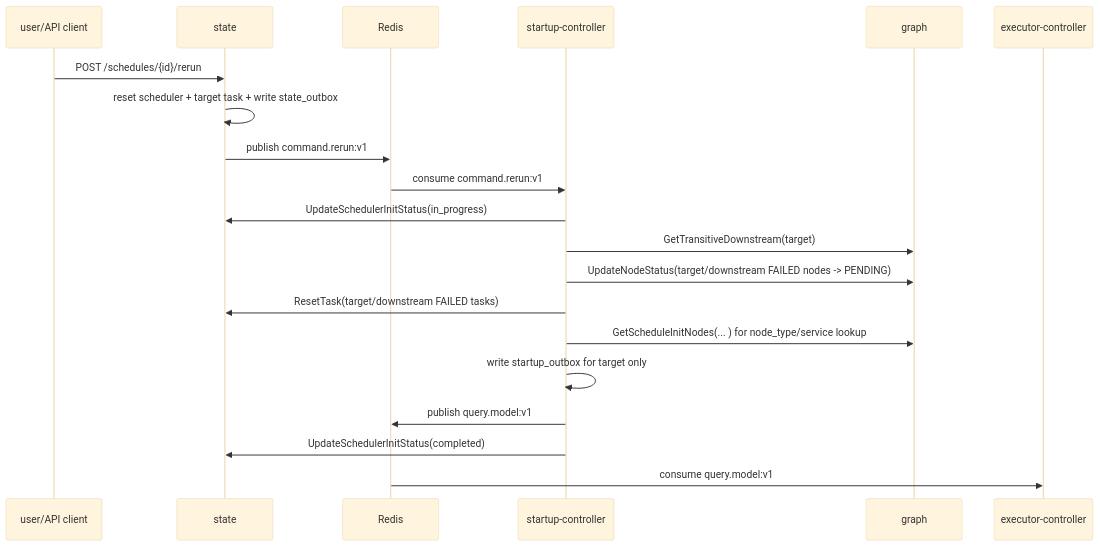
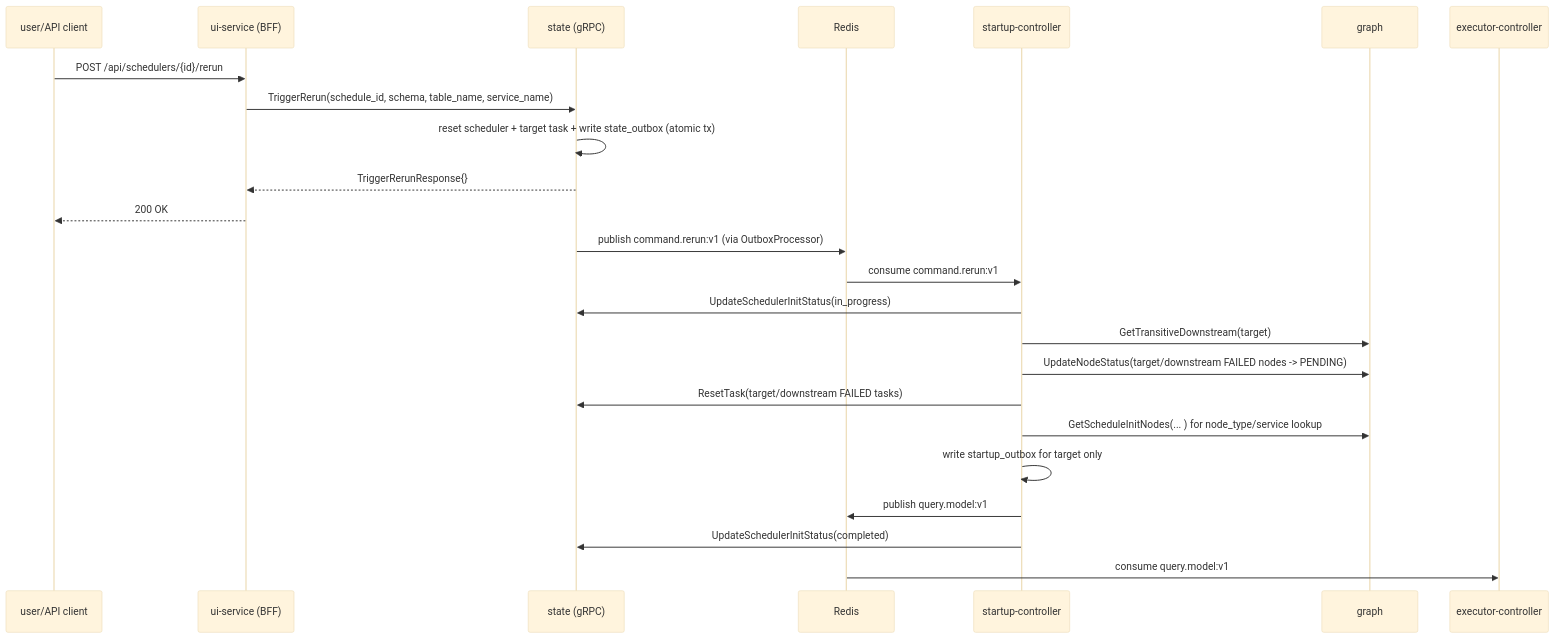
Before and after one commit to carolsimone/continuo: the fourth of 4 diagrams in docs/arch/03-sequence-flows.md, drawn with Mermaid (base theme). The commit also changed 2 other files, not shown here.

Commit message:
docs(arch): update rerun flow to reflect gRPC migration
Replace HTTP-based rerun docs with gRPC TriggerRerun in sequence flows,
state service dossier, and startup-controller notes.

````diff
--- a/docs/arch/03-sequence-flows.md
+++ b/docs/arch/03-sequence-flows.md
@@ -108,23 +108,27 @@
 ```mermaid
 sequenceDiagram
   participant U as user/API client
-  participant ST as state
+  participant UI as ui-service (BFF)
+  participant ST as state (gRPC)
   participant R as Redis
   participant SC as startup-controller
   participant GR as graph
   participant EC as executor-controller
 
-  U->>ST: POST /schedules/{id}/rerun
-  ST->>ST: reset scheduler + target task + write state_outbox
-  ST->>R: publish command.rerun:v1
+  U->>UI: POST /api/schedulers/{id}/rerun
+  UI->>ST: TriggerRerun(schedule_id, schema, table_name, service_name)
+  ST->>ST: reset scheduler + target task + write state_outbox (atomic tx)
+  ST-->>UI: TriggerRerunResponse{}
+  UI-->>U: 200 OK
+  ST->>R: publish command.rerun:v1 (via OutboxProcessor)
   R->>SC: consume command.rerun:v1
   SC->>ST: UpdateSchedulerInitStatus(in_progress)
   SC->>GR: GetTransitiveDownstream(target)
   SC->>GR: UpdateNodeStatus(target/downstream FAILED nodes -> PENDING)
   SC->>ST: ResetTask(target/downstream FAILED tasks)
   SC->>GR: GetScheduleInitNodes(... ) for node_type/service lookup
   SC->>SC: write startup_outbox for target only
   SC->>R: publish query.model:v1
   SC->>ST: UpdateSchedulerInitStatus(completed)
   R->>EC: consume query.model:v1
 ```
````
